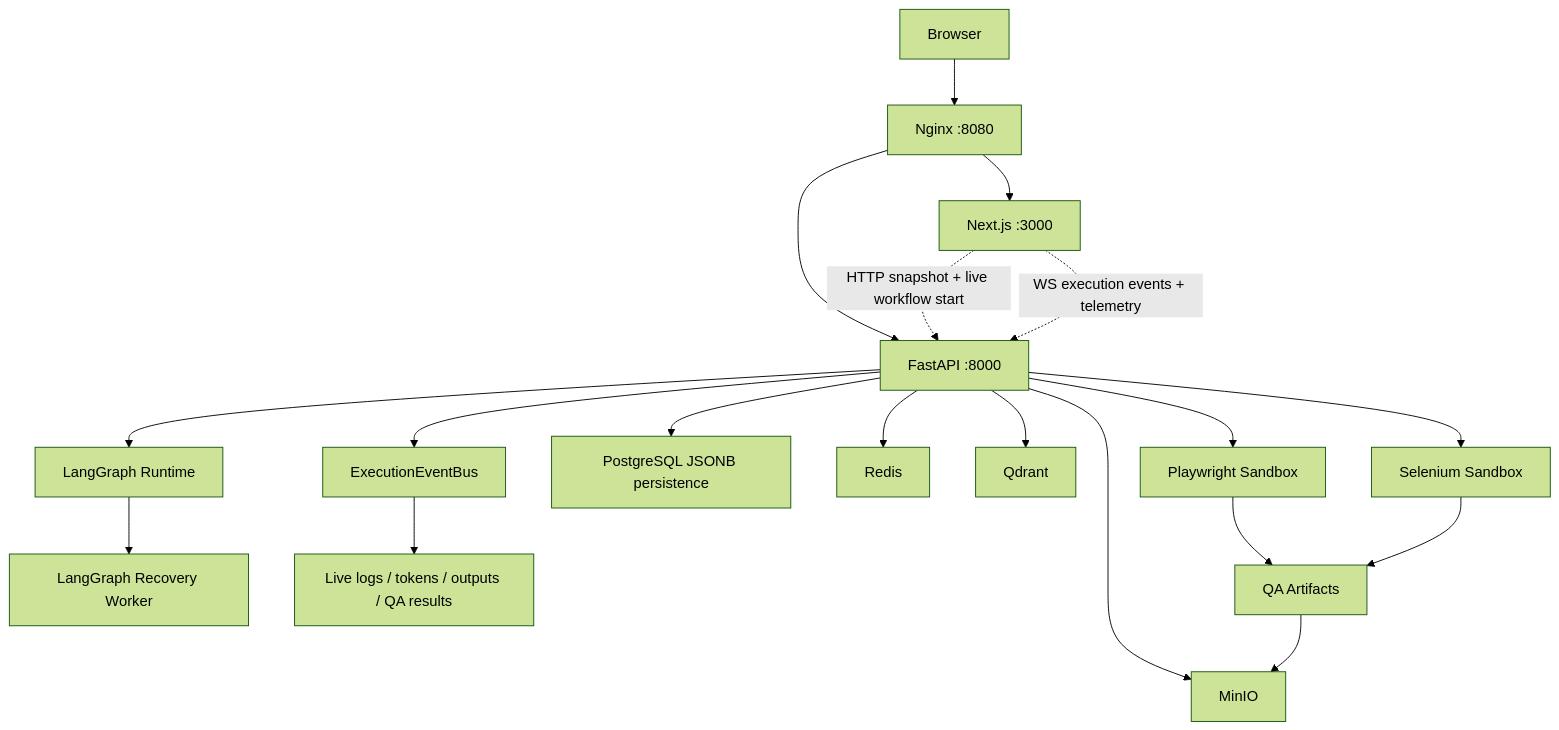
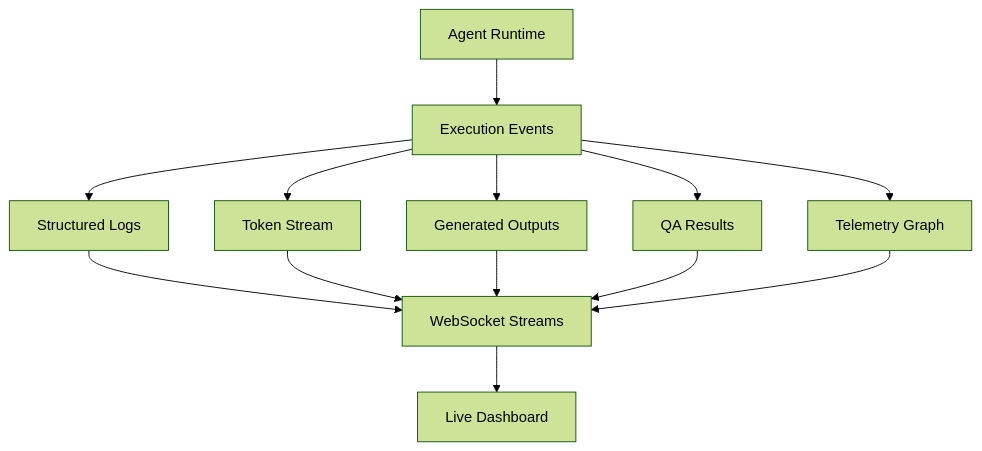
The sixth of 6 diagrams in README.md (fhuamanr/LegionAgents), drawn with Mermaid (forest theme) before and after one commit. The commit also changed other lines of this file, not shown here.

````diff
--- a/README.md
+++ b/README.md
@@ -218,23 +449,16 @@
 ```mermaid
 flowchart TB
-  Browser["Browser"] --> Nginx["Nginx :8080"]
-  Nginx --> Frontend["Next.js :3000"]
-  Nginx --> Backend["FastAPI :8000"]
-  Frontend -. "HTTP snapshot + live workflow start" .-> Backend
-  Frontend -. "WS execution events + telemetry" .-> Backend
+  Runtime["Agent Runtime"] --> Events["Execution Events"]
+  Events --> Logs["Structured Logs"]
+  Events --> Tokens["Token Stream"]
+  Events --> Outputs["Generated Outputs"]
+  Events --> QA["QA Results"]
+  Events --> Graph["Telemetry Graph"]
 
-  Backend --> LangGraph["LangGraph Runtime"]
-  LangGraph --> Worker["LangGraph Recovery Worker"]
-  Backend --> EventBus["ExecutionEventBus"]
-  EventBus --> LiveLogs["Live logs / tokens / outputs / QA results"]
-  Backend --> Postgres["PostgreSQL JSONB persistence"]
-  Backend --> Redis["Redis"]
-  Backend --> Qdrant["Qdrant"]
-  Backend --> MinIO["MinIO"]
-  Backend --> Playwright["Playwright Sandbox"]
-  Backend --> Selenium["Selenium Sandbox"]
-
-  Playwright --> Artifacts["QA Artifacts"]
-  Selenium --> Artifacts
-  Artifacts --> MinIO
+  Logs --> WebSocket["WebSocket Streams"]
+  Tokens --> WebSocket
+  Outputs --> WebSocket
+  QA --> WebSocket
+  Graph --> WebSocket
+  WebSocket --> Dashboard["Live Dashboard"]
 ```
````
